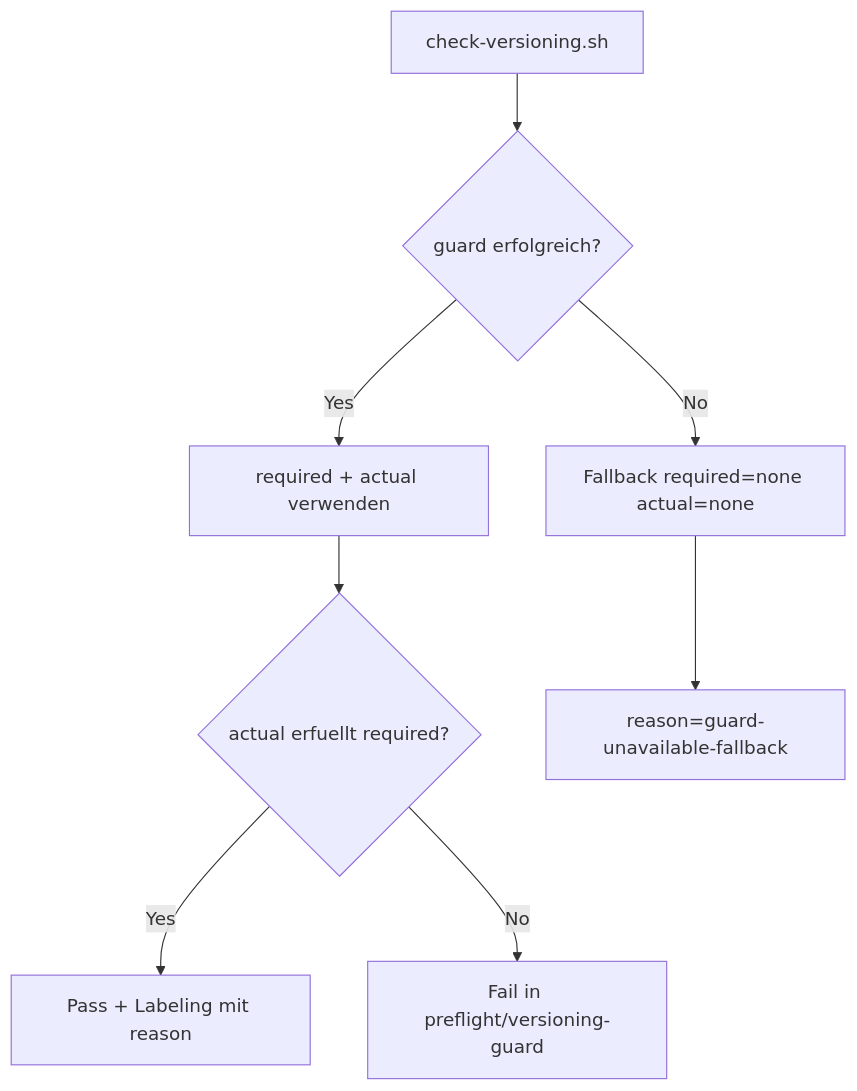
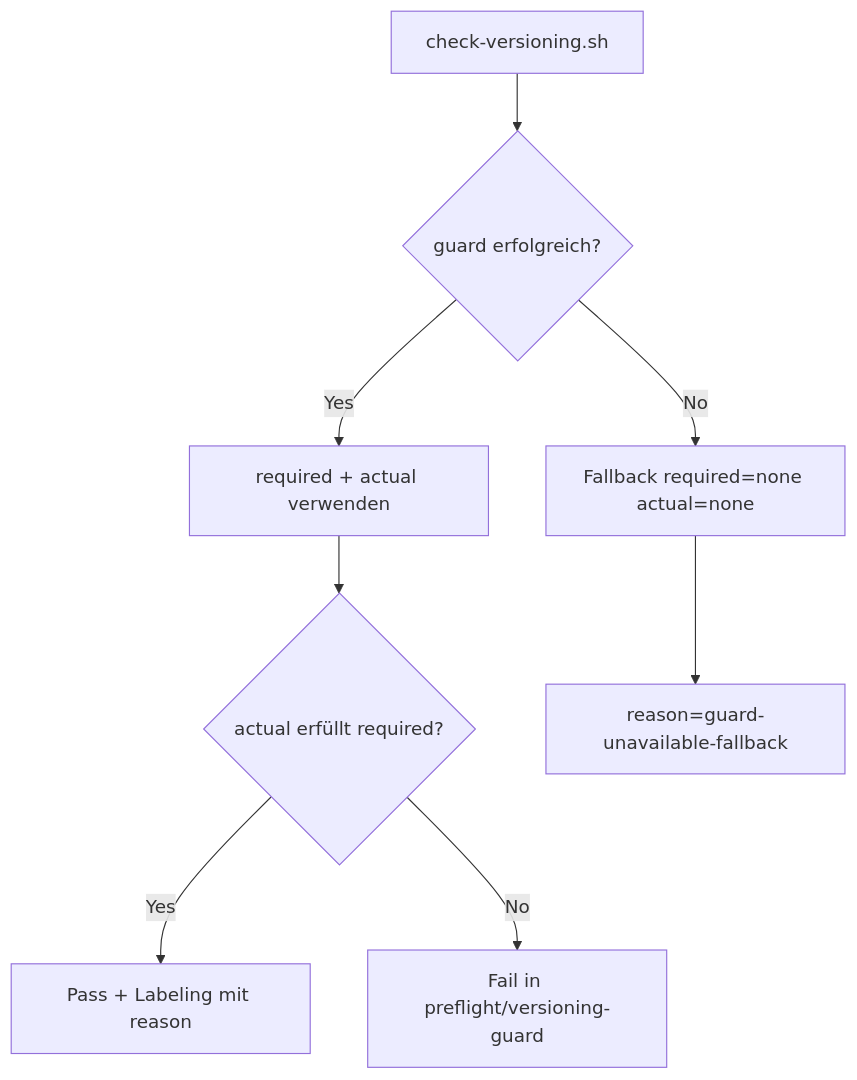
The fourth of 4 diagrams in docs/versioning/004_POLICY_LABELING.MD (tomtastisch/FileClassifier), drawn with Mermaid before and after one commit. The commit also changed other lines of this file and 222 other files, not shown here.

````diff
--- a/docs/versioning/004_POLICY_LABELING.MD
+++ b/docs/versioning/004_POLICY_LABELING.MD
@@ -103,10 +103,10 @@
 ```mermaid
 flowchart TD
   A["check-versioning.sh"] --> B{"guard erfolgreich?"}
   B -- Yes --> C["required + actual verwenden"]
   B -- No --> D["Fallback required=none actual=none"]
-  C --> E{"actual erfuellt required?"}
+  C --> E{"actual erfüllt required?"}
   D --> F["reason=guard-unavailable-fallback"]
   E -- Yes --> G["Pass + Labeling mit reason"]
   E -- No --> H["Fail in preflight/versioning-guard"]
 ```
````
